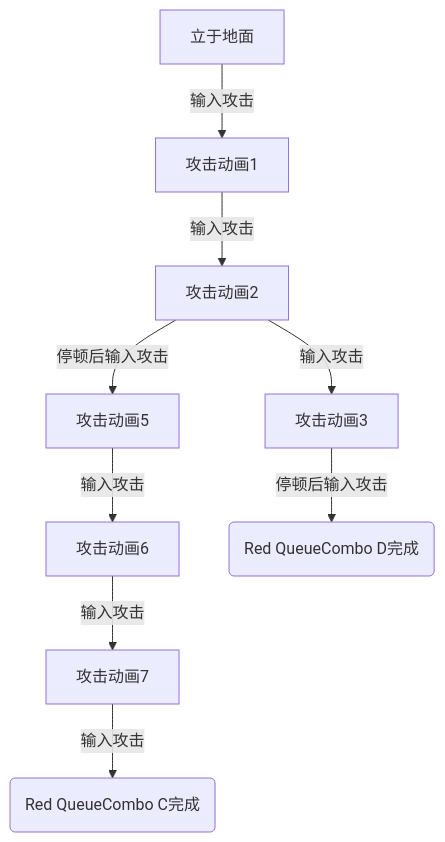
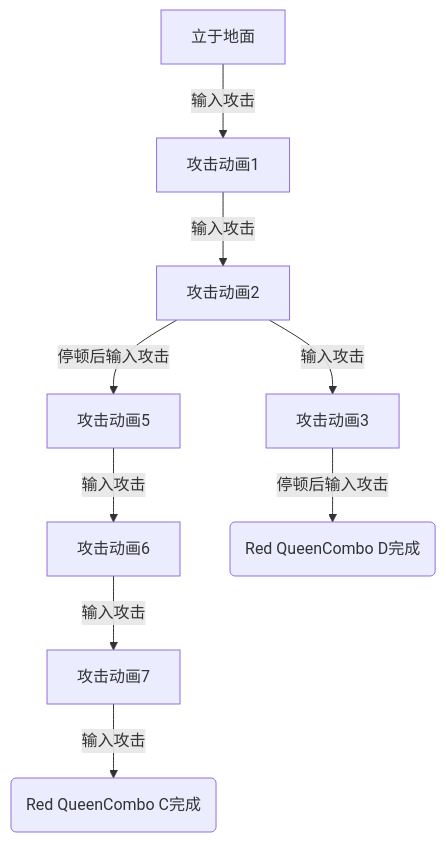
Before and after one commit to chaosrings/SomeNotes: the first of 2 diagrams in source/_posts/UEACTCombo.md, drawn with Mermaid. The commit also changed other lines of this file and 17 other files, not shown here.

````diff
--- a/source/_posts/UEACTCombo.md
+++ b/source/_posts/UEACTCombo.md
@@ -26,11 +40,11 @@
 ``` mermaid
 graph TD
 立于地面-->|输入攻击|攻击动画1
 攻击动画1-->|输入攻击|攻击动画2
 攻击动画2-->|输入攻击|攻击动画3
 攻击动画2-->|停顿后输入攻击|攻击动画5
 攻击动画5-->|输入攻击|攻击动画6
 攻击动画6-->|输入攻击|攻击动画7
-攻击动画7-->|输入攻击|攻击动画8(Red QueueCombo C完成)
-攻击动画3-->|停顿后输入攻击|攻击动画4(Red QueueCombo D完成)
+攻击动画7-->|输入攻击|攻击动画8(Red QueenCombo C完成)
+攻击动画3-->|停顿后输入攻击|攻击动画4(Red QueenCombo D完成)
 ```
````
